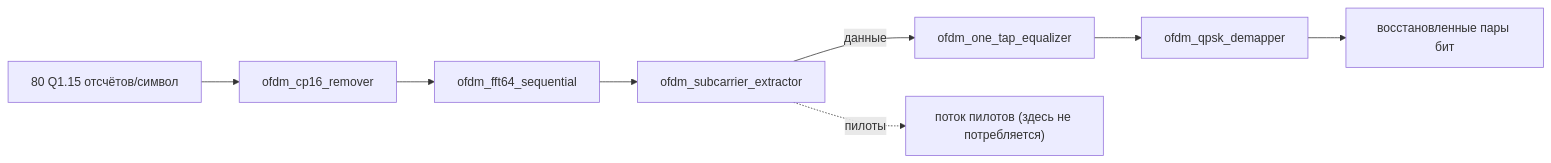
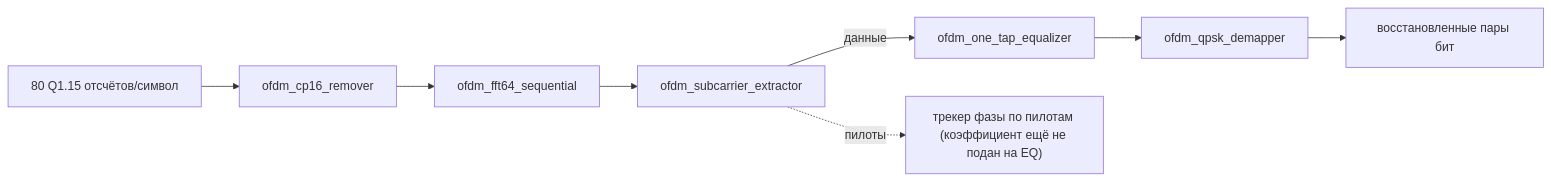
Before and after one commit to Lay007/zynq-sdr-course: the second of 2 diagrams in docs/ru/labs/lab-8-14-ofdm-rtl-chain.md, drawn with Mermaid. The commit also changed other lines of this file and 1 other file, not shown here.

Commit message:
Lab 8.14: document the pilot phase tracker and what is still missing (EN and RU)

````diff
--- a/docs/ru/labs/lab-8-14-ofdm-rtl-chain.md
+++ b/docs/ru/labs/lab-8-14-ofdm-rtl-chain.md
@@ -40,10 +40,10 @@
 ```mermaid
 flowchart LR
     IN["80 Q1.15 отсчётов/символ"] --> CPR[ofdm_cp16_remover]
     CPR --> FFT[ofdm_fft64_sequential]
     FFT --> EXT[ofdm_subcarrier_extractor]
     EXT -->|данные| EQ[ofdm_one_tap_equalizer]
-    EXT -.->|пилоты| PILOT["поток пилотов (здесь не потребляется)"]
+    EXT -.->|пилоты| PILOT["трекер фазы по пилотам (коэффициент ещё не подан на EQ)"]
     EQ --> DEMAP[ofdm_qpsk_demapper]
     DEMAP --> BITS["восстановленные пары бит"]
 ```
````
